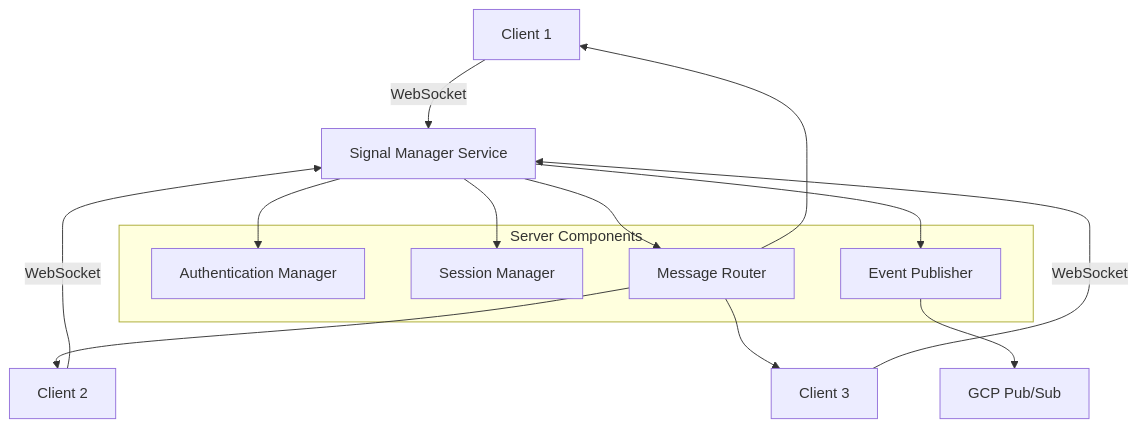
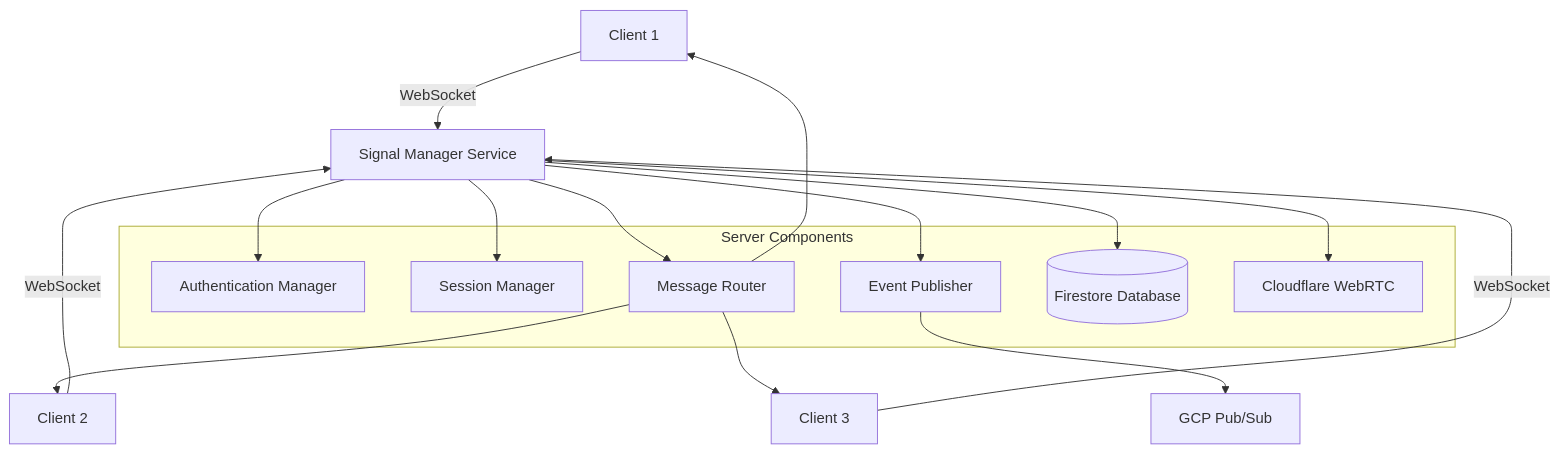
The first of 12 diagrams in docs/signal_manager_service_protocol.md (openagentlabs/keahi_ambient_agent_service), drawn with Mermaid before and after one commit. The commit also changed other lines of this file and 50 other files, not shown here.

````diff
--- a/docs/signal_manager_service_protocol.md
+++ b/docs/signal_manager_service_protocol.md
@@ -33,24 +40,28 @@
 ```mermaid
 graph TB
     Client1[Client 1] -->|WebSocket| Server[Signal Manager Service]
     Client2[Client 2] -->|WebSocket| Server
     Client3[Client 3] -->|WebSocket| Server
     
     Server --> Auth[Authentication Manager]
     Server --> Session[Session Manager]
     Server --> Router[Message Router]
     Server --> Events[Event Publisher]
+    Server --> DB[(Firestore Database)]
+    Server --> Cloudflare[Cloudflare WebRTC]
     
     Events --> GCP[GCP Pub/Sub]
     
     Router --> Client1
     Router --> Client2
     Router --> Client3
     
     subgraph "Server Components"
         Auth
         Session
         Router
         Events
+        DB
+        Cloudflare
     end
 ```
````
